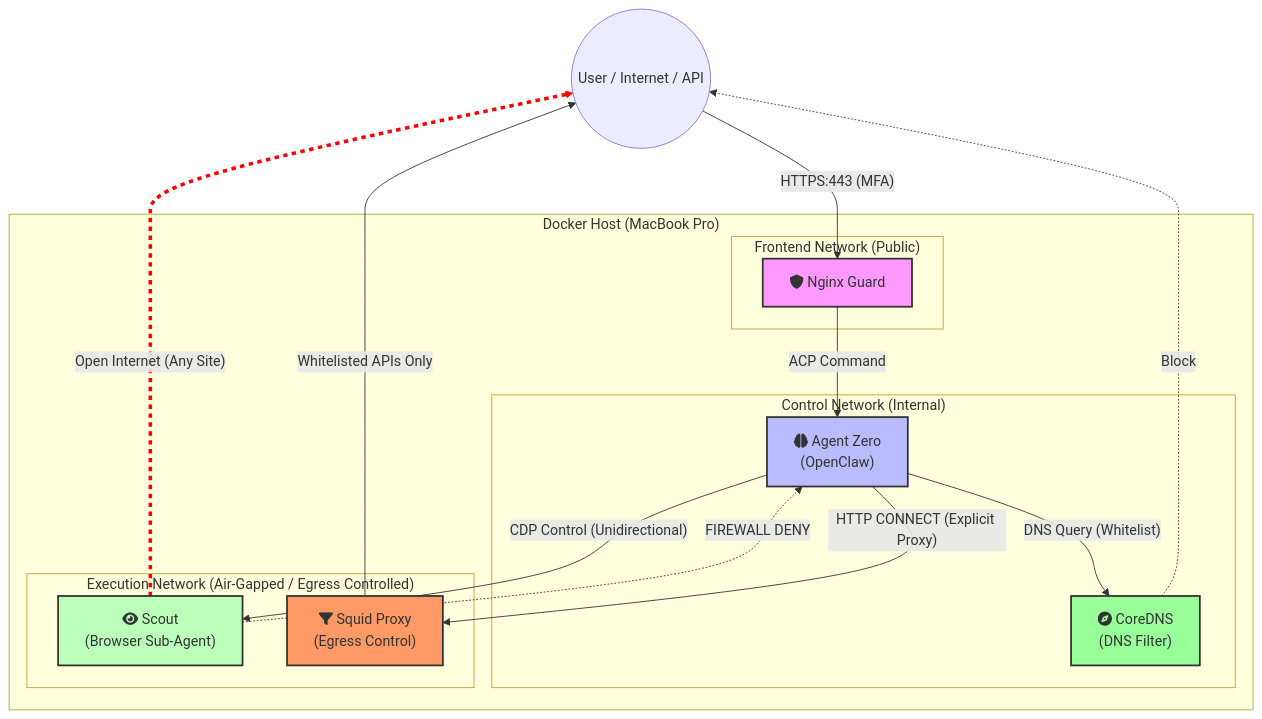
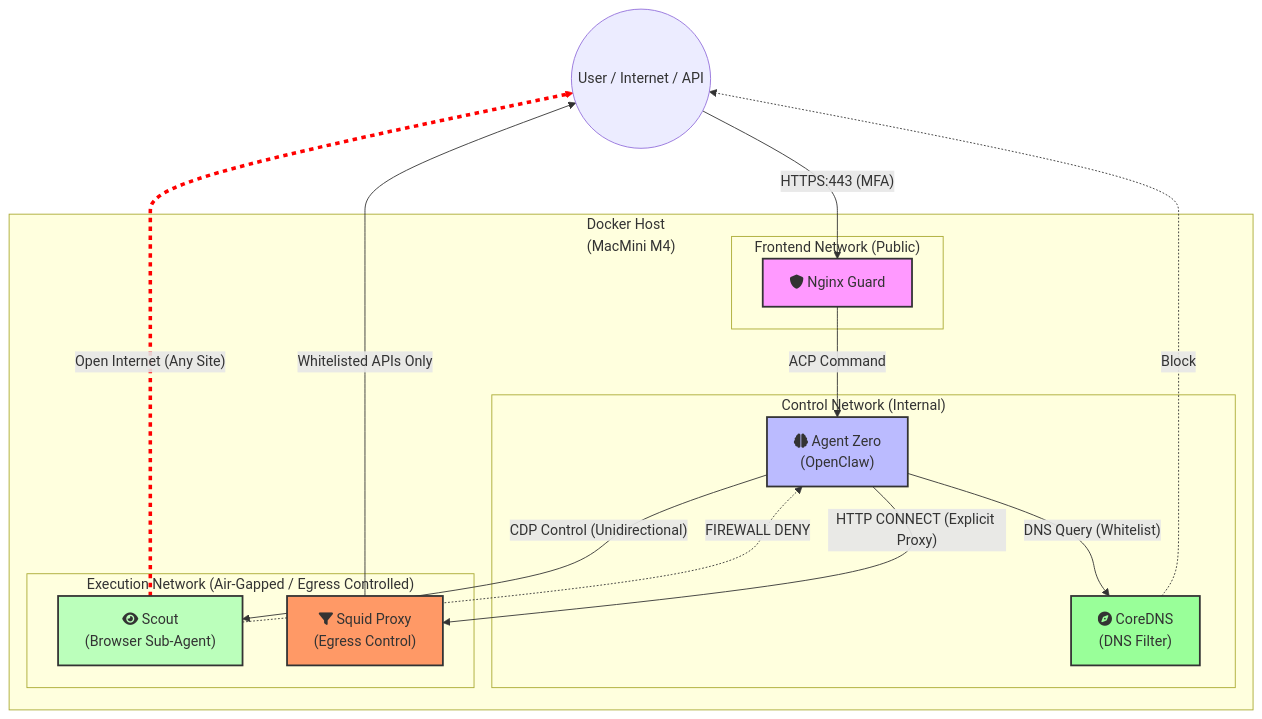
One commit to richfrem/Project_Sanctuary changed the diagram in docs/architecture/safe_agent_zero/diagrams/network_traffic_diagram.mermaid. Above: the diagram before and after it, drawn with Mermaid. The commit also changed 2 other files, not shown here.

Commit message:
Feat/updated orchestration diagrams skills (#199)
* udpated related orchestration diagrams skills

* udpated related orchestration diagrams skills

* updated

* fix(docs): resolve mermaid syntax errors in architecture diagrams

* updated

```diff
--- a/docs/architecture/safe_agent_zero/diagrams/network_traffic_diagram.mermaid
+++ b/docs/architecture/safe_agent_zero/diagrams/network_traffic_diagram.mermaid
@@ -1,46 +1,46 @@
 flowchart TB
     internet((User / Internet / API))
 
-    subgraph "Docker Host (MacBook Pro)"
+    subgraph "Docker Host <BR>(MacMini M4)"
         subgraph "Frontend Network (Public)"
             guard[fa:fa-shield Nginx Guard]
         end
 
         subgraph "Control Network (Internal)"
             agent["fa:fa-brain Agent Zero<br/>(OpenClaw)"]
             dns["fa:fa-compass CoreDNS<br/>(DNS Filter)"]
         end
 
         subgraph "Execution Network (Air-Gapped / Egress Controlled)"
             scout["fa:fa-eye Scout<br/>(Browser Sub-Agent)"]
             squid["fa:fa-filter Squid Proxy<br/>(Egress Control)"]
         end
     end
 
     %% Ingress Flow
     internet -- "HTTPS:443 (MFA)" --> guard
     guard -- "ACP Command" --> agent
 
     %% Internal Services
     agent -- "DNS Query (Whitelist)" --> dns
-    dns -.->|Block| internet
+    dns -. "Block" .-> internet
 
     %% Egress Flow (Filtered)
     agent -- "HTTP CONNECT (Explicit Proxy)" --> squid
     squid -- "Whitelisted APIs Only" --> internet
     
     %% Execution Flow (Isolated)
     agent -- "CDP Control (Unidirectional)" --> scout
     scout -- "Open Internet (Any Site)" --> internet
     
     %% Lateral Movement Block
-    scout -.->|FIREWALL DENY| agent
+    scout -. "FIREWALL DENY" .-> agent
 
     %% Styling
     style guard fill:#f9f,stroke:#333,stroke-width:2px
     style agent fill:#bbf,stroke:#333,stroke-width:2px
     style scout fill:#bfb,stroke:#333,stroke-width:2px
     style squid fill:#f96,stroke:#333,stroke-width:2px
     style dns fill:#9f9,stroke:#333,stroke-width:2px
 
     linkStyle 7 stroke:red,stroke-width:4px,stroke-dasharray: 5 5;
```
